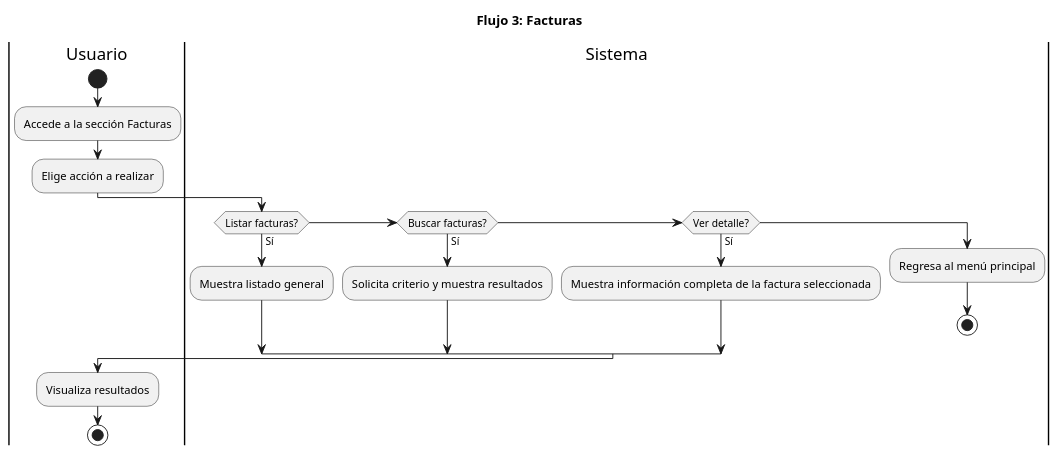
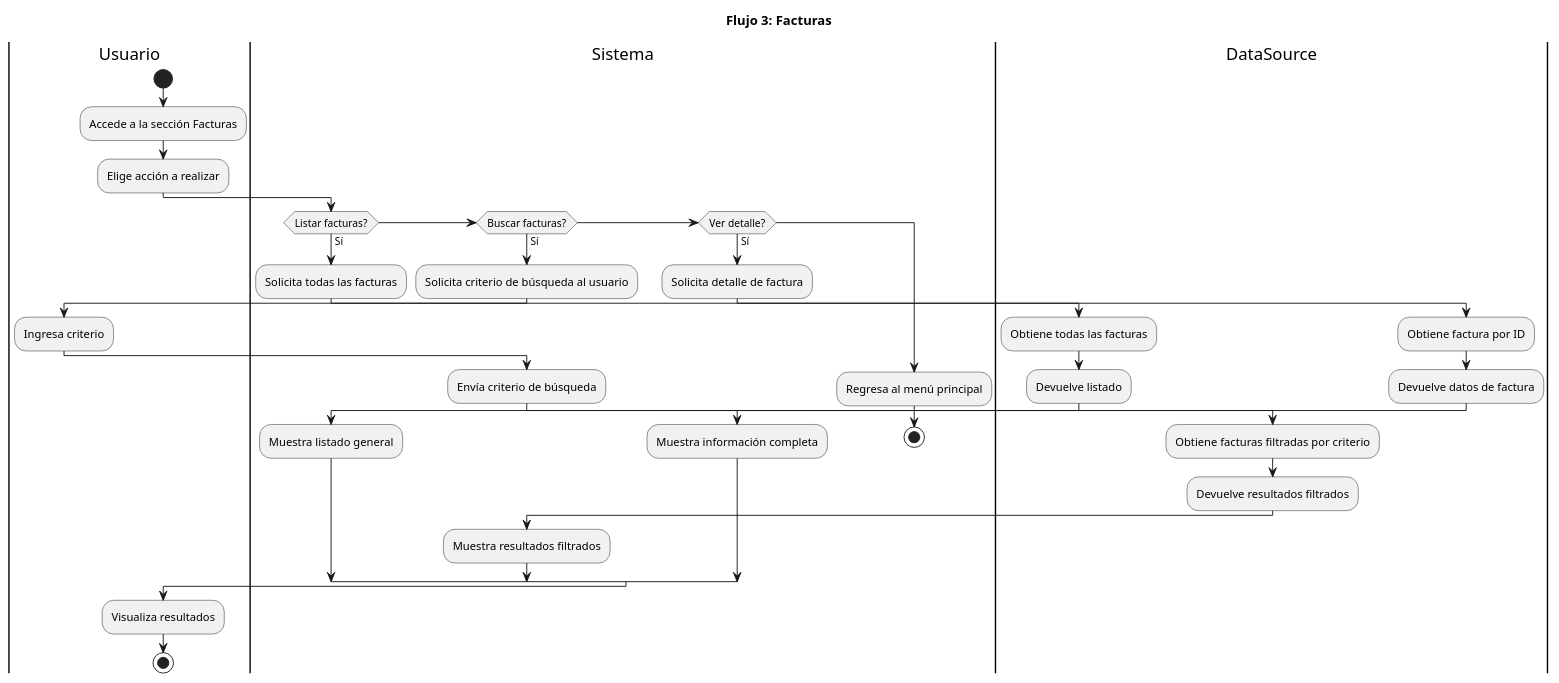
Before and after one commit to ramiromarcosmorales/emiti-web: the diagram in docs/04-diagramas/01-diagramas-de-actividades/actividad-flujo-3-facturas.puml, drawn with PlantUML. The commit also changed 8 other files, not shown here.

Commit message:
Correcciones diagramas tercera entrega

```diff
--- a/docs/04-diagramas/01-diagramas-de-actividades/actividad-flujo-3-facturas.puml
+++ b/docs/04-diagramas/01-diagramas-de-actividades/actividad-flujo-3-facturas.puml
@@ -1,25 +1,58 @@
 @startuml name Facturas
 title Flujo 3: Facturas
 
 |Usuario|
 start
 :Accede a la sección Facturas;
 :Elige acción a realizar;
 
 |Sistema|
 if (Listar facturas?) then (Sí)
+
+  :Solicita todas las facturas;
+
+  |DataSource|
+  :Obtiene todas las facturas;
+  :Devuelve listado;
+
+  |Sistema|
   :Muestra listado general;
+
 elseif (Buscar facturas?) then (Sí)
-  :Solicita criterio y muestra resultados;
+
+  :Solicita criterio de búsqueda al usuario;
+
+  |Usuario|
+  :Ingresa criterio;
+
+  |Sistema|
+  :Envía criterio de búsqueda;
+
+  |DataSource|
+  :Obtiene facturas filtradas por criterio;
+  :Devuelve resultados filtrados;
+
+  |Sistema|
+  :Muestra resultados filtrados;
+
 elseif (Ver detalle?) then (Sí)
-  :Muestra información completa de la factura seleccionada;
+
+  :Solicita detalle de factura;
+
+  |DataSource|
+  :Obtiene factura por ID;
+  :Devuelve datos de factura;
+
+  |Sistema|
+  :Muestra información completa;
+
 else
   :Regresa al menú principal;
   stop
 endif
 
 |Usuario|
 :Visualiza resultados;
 
 stop
 @enduml
```
